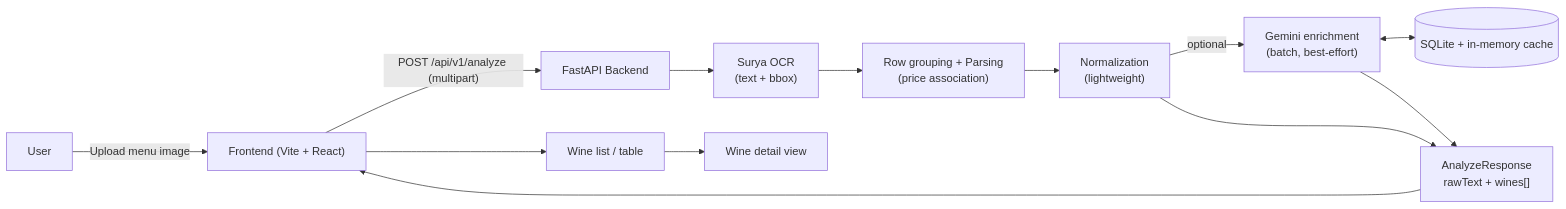
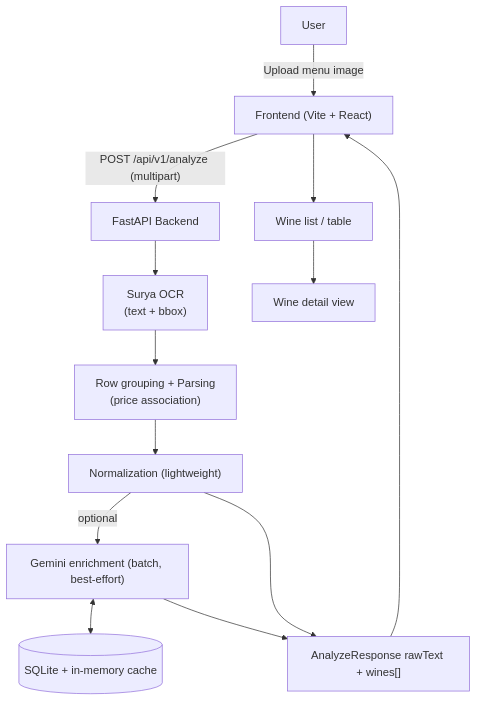
The diagram in README.md (daviduswe/WineMenuScanner), drawn with Mermaid before and after one commit.

Commit message:
Update top-down flowchart

````diff
--- a/README.md
+++ b/README.md
@@ -208,19 +208,28 @@
 ```mermaid
-flowchart LR
+%%{init: {
+%%  "flowchart": {
+%%    "nodeSpacing": 40,
+%%    "rankSpacing": 60
+%%  },
+%%  "themeVariables": {
+%%    "fontSize": "18px"
+%%  }
+%%}}%%
+flowchart TD
   U[User] -->|"Upload menu image"| FE["Frontend (Vite + React)"]
   FE -->|"POST /api/v1/analyze (multipart)"| API[FastAPI Backend]
 
   API --> OCR["Surya OCR\n(text + bbox)"]
   OCR --> PARSE["Row grouping + Parsing\n(price association)"]
-  PARSE --> NORM["Normalization\n(lightweight)"]
+  PARSE --> NORM["Normalization (lightweight)"]
 
-  NORM -->|"optional"| LLM["Gemini enrichment\n(batch, best-effort)"]
+  NORM -->|"optional"| LLM["Gemini enrichment (batch, best-effort)"]
   LLM <--> CACHE[(SQLite + in-memory cache)]
 
-  NORM --> RESP["AnalyzeResponse\nrawText + wines[]"]
+  NORM --> RESP["AnalyzeResponse rawText + wines[]"]
   LLM --> RESP
 
   RESP --> FE
   FE --> LIST[Wine list / table]
   LIST --> DETAIL[Wine detail view]
 ```
````
